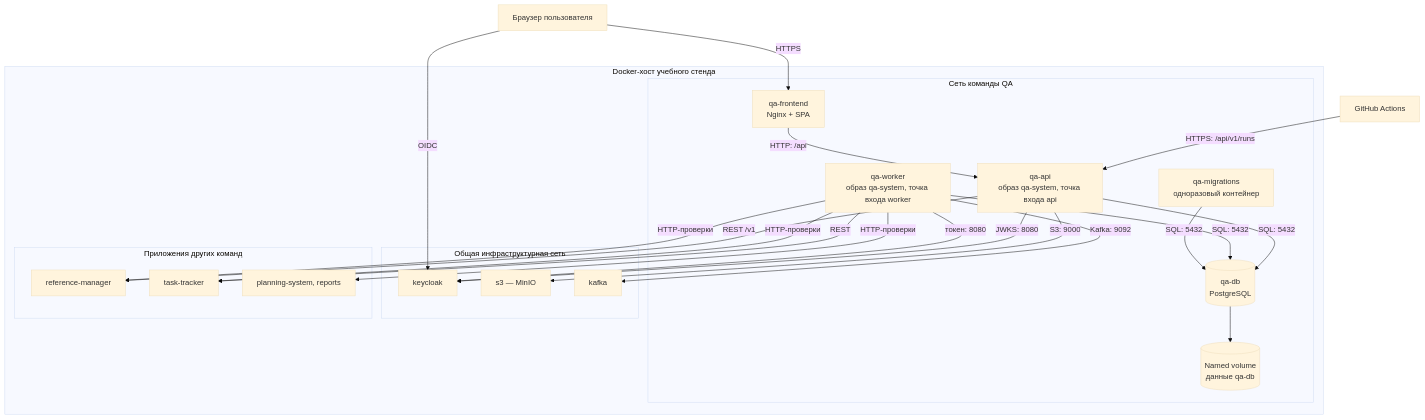
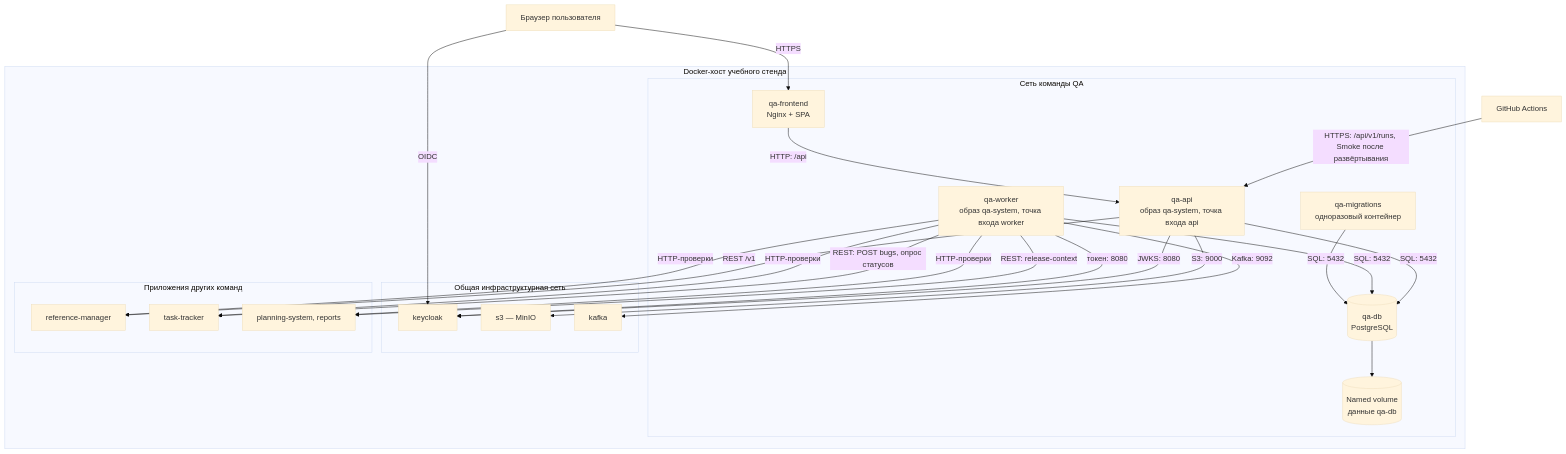
One commit to MEPhI-C22-501/arch-info-system-monorepo changed the first of 2 diagrams in qa/docs/165.deployment-diagram.md. Above: the diagram before and after it, drawn with Mermaid (base theme). The commit also changed other lines of this file and 36 other files, not shown here.

````diff
--- a/qa/docs/165.deployment-diagram.md
+++ b/qa/docs/165.deployment-diagram.md
@@ -10,44 +10,45 @@
 ```mermaid
 flowchart TB
     Browser["Браузер пользователя"]
     Actions["GitHub Actions"]
 
     subgraph HOST["Docker-хост учебного стенда"]
         subgraph TEAM["Сеть команды QA"]
             FE["qa-frontend<br/>Nginx + SPA"]
             API["qa-api<br/>образ qa-system, точка входа api"]
             WRK["qa-worker<br/>образ qa-system, точка входа worker"]
             MIG["qa-migrations<br/>одноразовый контейнер"]
             DB[("qa-db<br/>PostgreSQL")]
             VOL[("Named volume<br/>данные qa-db")]
         end
         subgraph INFRA["Общая инфраструктурная сеть"]
             KC["keycloak"]
             S3["s3 — MinIO"]
             KF["kafka"]
         end
         subgraph APPS["Приложения других команд"]
             RM["reference-manager"]
             TT["task-tracker"]
             OTH["planning-system, reports"]
         end
     end
 
     Browser -->|"HTTPS"| FE
     Browser -->|"OIDC"| KC
-    Actions -->|"HTTPS: /api/v1/runs"| API
+    Actions -->|"HTTPS: /api/v1/runs, Smoke после развёртывания"| API
     FE -->|"HTTP: /api"| API
     API -->|"SQL: 5432"| DB
     WRK -->|"SQL: 5432"| DB
     MIG -->|"SQL: 5432"| DB
     DB --> VOL
     API -->|"JWKS: 8080"| KC
     WRK -->|"токен: 8080"| KC
     API -->|"S3: 9000"| S3
     WRK -->|"Kafka: 9092"| KF
-    WRK -->|"REST"| TT
+    WRK -->|"REST: POST bugs, опрос статусов"| TT
+    WRK -->|"REST: release-context"| OTH
     API -->|"REST /v1"| RM
     WRK -->|"HTTP-проверки"| RM
     WRK -->|"HTTP-проверки"| TT
     WRK -->|"HTTP-проверки"| OTH
 ```
````
